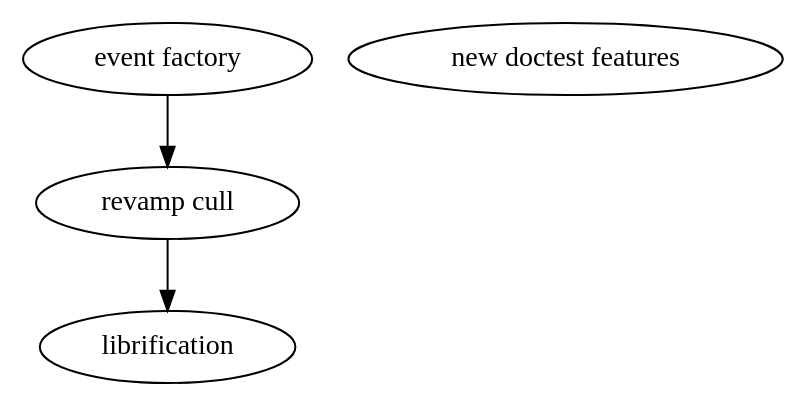
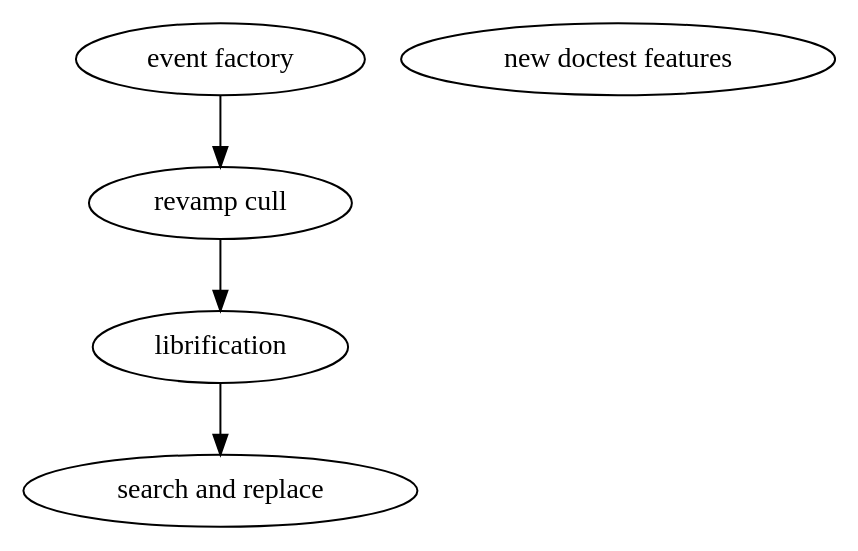
The diagram in doc/the-big-picture-of-now-02.dot (hipe/tmx), drawn with Graphviz before and after one commit. The commit also changed 13 other files, not shown here.

```diff
--- a/doc/the-big-picture-of-now-02.dot
+++ b/doc/the-big-picture-of-now-02.dot
@@ -1,13 +1,16 @@
 digraph {
 
   lib [label="librification"]
 
   dct [label="new doctest features"]
 
   ev [label="event factory"]
 
   cu [label="revamp cull"]
 
+  sr [label="search and replace"]
+
   cu->lib
   ev->cu
+  lib->sr
 }
```
